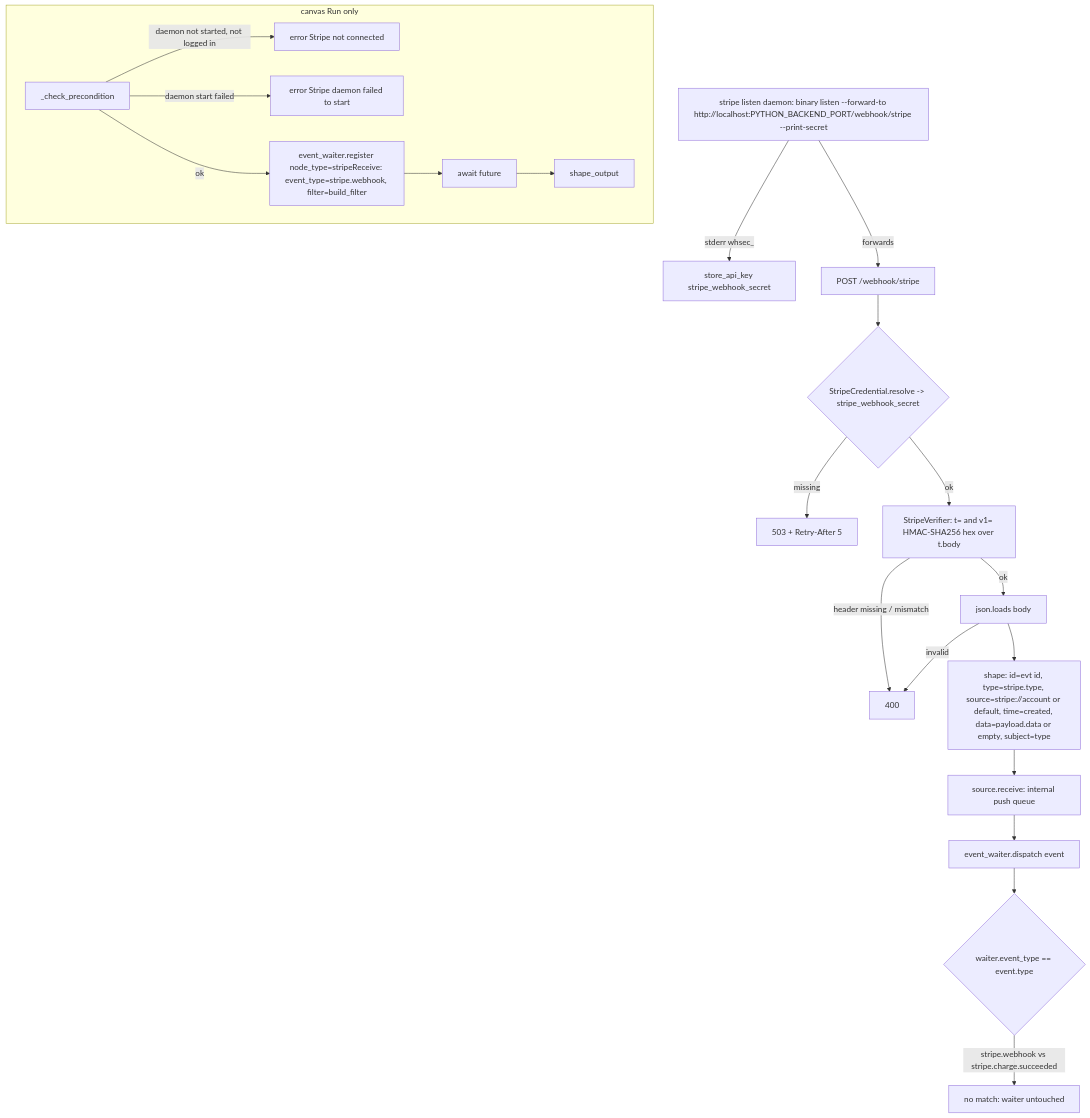
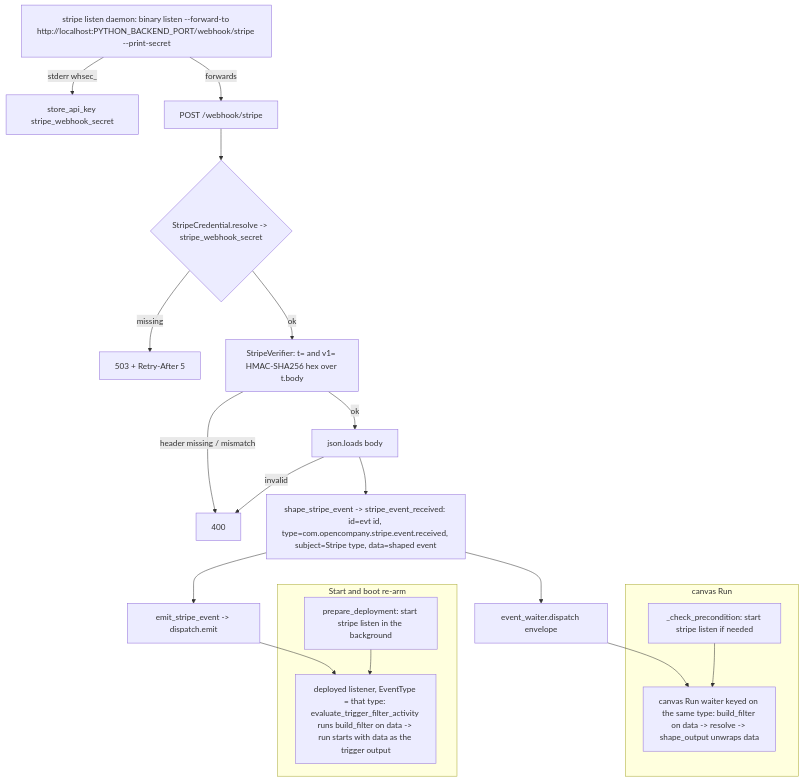
The diagram in docs-internal/node-logic-flows/stripe/stripeReceive.md (agent-memory-atlas-archive/zeenie-ai--OpenCompany), drawn with Mermaid before and after one commit. The commit also changed other lines of this file and 18 other files, not shown here.

First line of the commit message:
fix(stripe): make stripeReceive fire on a canvas Run and when deployed

````diff
--- a/docs-internal/node-logic-flows/stripe/stripeReceive.md
+++ b/docs-internal/node-logic-flows/stripe/stripeReceive.md
@@ -60,20 +64,21 @@
 ```mermaid
 flowchart TD
   L[stripe listen daemon: binary listen --forward-to http://localhost:PYTHON_BACKEND_PORT/webhook/stripe --print-secret] -- stderr whsec_ --> K[store_api_key stripe_webhook_secret]
   L -- forwards --> W[POST /webhook/stripe]
   W --> V{StripeCredential.resolve -> stripe_webhook_secret}
   V -- missing --> R503[503 + Retry-After 5]
   V -- ok --> H[StripeVerifier: t= and v1= HMAC-SHA256 hex over t.body]
   H -- header missing / mismatch --> R400[400]
   H -- ok --> J[json.loads body] -- invalid --> R400
-  J --> S[shape: id=evt id, type=stripe.type, source=stripe://account or default, time=created, data=payload.data or empty, subject=type]
-  S --> Q[source.receive: internal push queue] --> D[event_waiter.dispatch event]
-  D --> M{waiter.event_type == event.type}
-  M -- stripe.webhook vs stripe.charge.succeeded --> N[no match: waiter untouched]
-  subgraph canvas Run only
-    P[_check_precondition] -- daemon not started, not logged in --> E1[error Stripe not connected]
-    P -- daemon start failed --> E2[error Stripe daemon failed to start]
-    P -- ok --> G[event_waiter.register node_type=stripeReceive: event_type=stripe.webhook, filter=build_filter]
-    G --> A[await future] --> O[shape_output]
+  J --> S[shape_stripe_event -> stripe_event_received: id=evt id, type=com.opencompany.stripe.event.received, subject=Stripe type, data=shaped event]
+  S --> D1[event_waiter.dispatch envelope]
+  S --> D2[emit_stripe_event -> dispatch.emit]
+  D1 --> RUN[canvas Run waiter keyed on the same type: build_filter on data -> resolve -> shape_output unwraps data]
+  D2 --> DEP[deployed listener, EventType = that type: evaluate_trigger_filter_activity runs build_filter on data -> run starts with data as the trigger output]
+  subgraph canvas Run
+    P[_check_precondition: start stripe listen if needed] --> RUN
+  end
+  subgraph Start and boot re-arm
+    PD[prepare_deployment: start stripe listen in the background] --> DEP
   end
 ```
````
